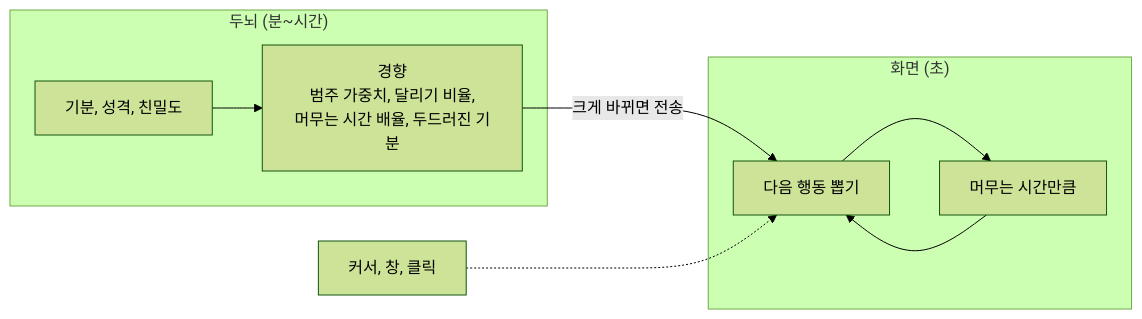
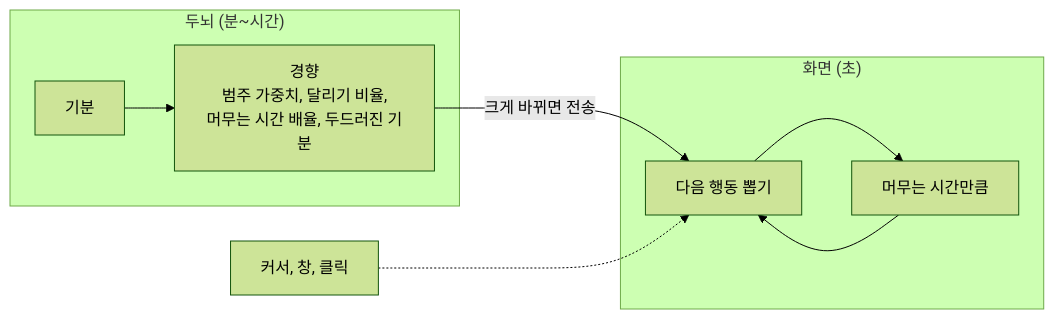
One commit to HEOSEONGILml/AssistantChatBot changed the seventh of 9 diagrams in ARCHITECTURE.md. Above: the diagram before and after it, drawn with Mermaid (forest theme). The commit also changed other lines of this file and 117 other files, not shown here.

````diff
--- a/ARCHITECTURE.md
+++ b/ARCHITECTURE.md
@@ -397,12 +304,12 @@
 ```mermaid
 flowchart LR
   subgraph SLOW["두뇌 (분~시간)"]
-    X["기분, 성격, 친밀도"] --> TH["경향<br>범주 가중치, 달리기 비율,<br>머무는 시간 배율, 두드러진 기분"]
+    X["기분"] --> TH["경향<br>범주 가중치, 달리기 비율,<br>머무는 시간 배율, 두드러진 기분"]
   end
   subgraph FAST["화면 (초)"]
     CAT["다음 행동 뽑기"] --> DW["머무는 시간만큼"]
     DW --> CAT
   end
   TH -->|"크게 바뀌면 전송"| CAT
   CTX["커서, 창, 클릭"] -.-> CAT
 ```
````
